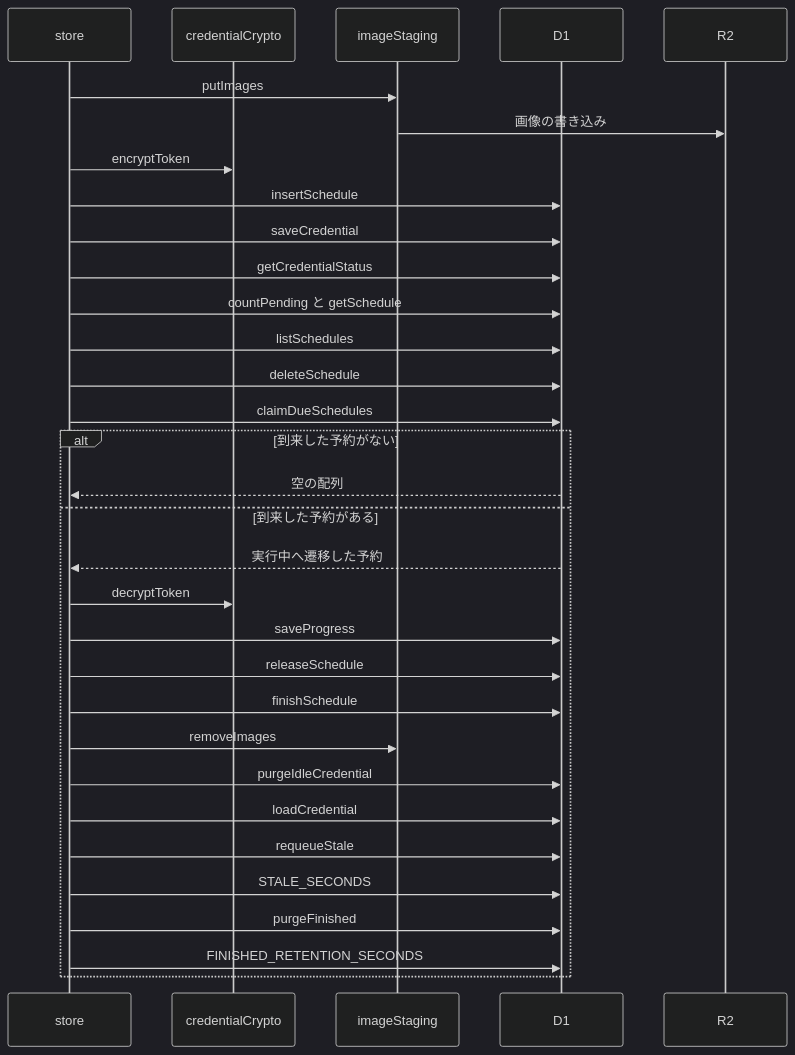
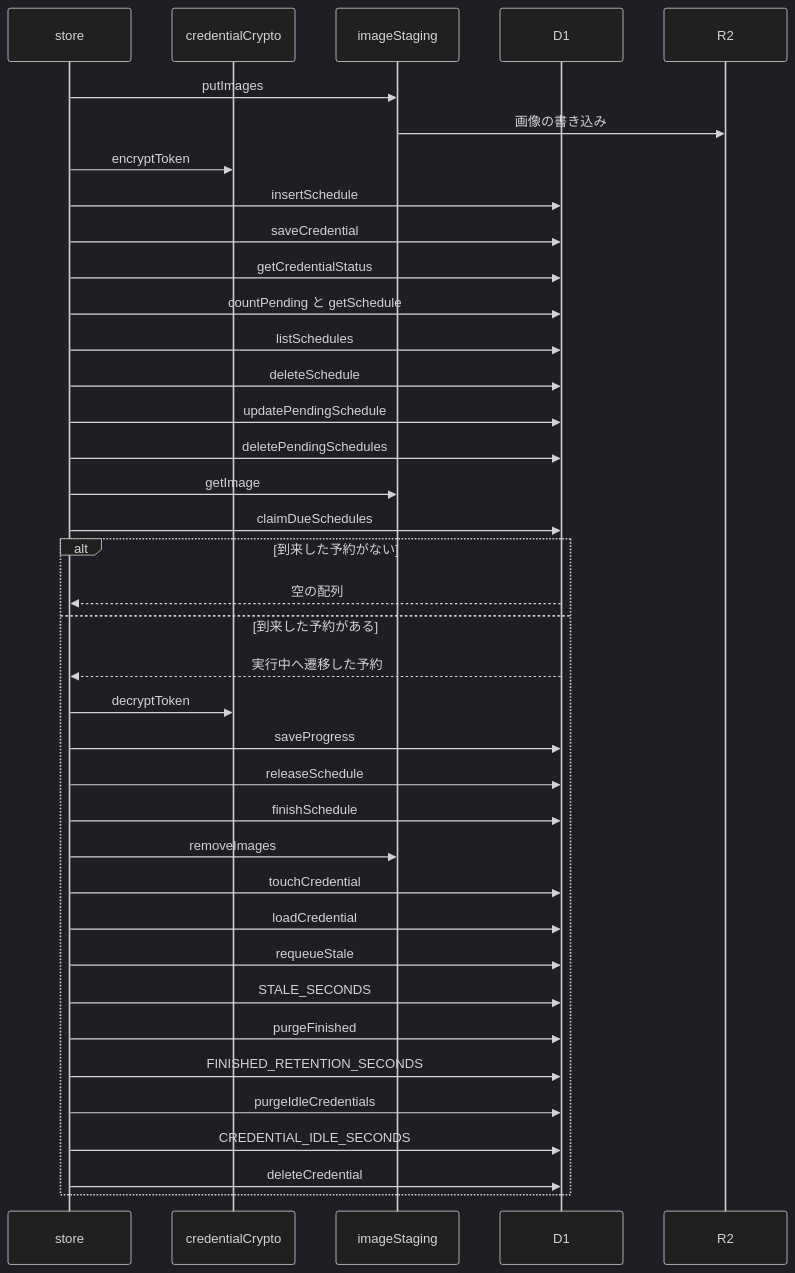
The second of 2 diagrams in specs/schedule-store/design.md (nekono-dev/skyshare), drawn with Mermaid (dark theme) before and after one commit. The commit also changed other lines of this file and 23 other files, not shown here.

````diff
--- a/specs/schedule-store/design.md
+++ b/specs/schedule-store/design.md
@@ -32,34 +32,40 @@
 ```mermaid
 sequenceDiagram
   participant store
   participant credentialCrypto
   participant imageStaging
   participant ext_d1 as D1
   participant ext_r2 as R2
   store->>imageStaging: putImages
   imageStaging->>ext_r2: 画像の書き込み
   store->>credentialCrypto: encryptToken
   store->>ext_d1: insertSchedule
   store->>ext_d1: saveCredential
   store->>ext_d1: getCredentialStatus
   store->>ext_d1: countPending と getSchedule
   store->>ext_d1: listSchedules
   store->>ext_d1: deleteSchedule
+  store->>ext_d1: updatePendingSchedule
+  store->>ext_d1: deletePendingSchedules
+  store->>imageStaging: getImage
   store->>ext_d1: claimDueSchedules
   alt 到来した予約がない
     ext_d1-->>store: 空の配列
   else 到来した予約がある
     ext_d1-->>store: 実行中へ遷移した予約
     store->>credentialCrypto: decryptToken
     store->>ext_d1: saveProgress
     store->>ext_d1: releaseSchedule
     store->>ext_d1: finishSchedule
     store->>imageStaging: removeImages
-    store->>ext_d1: purgeIdleCredential
+    store->>ext_d1: touchCredential
     store->>ext_d1: loadCredential
     store->>ext_d1: requeueStale
     store->>ext_d1: STALE_SECONDS
     store->>ext_d1: purgeFinished
     store->>ext_d1: FINISHED_RETENTION_SECONDS
+    store->>ext_d1: purgeIdleCredentials
+    store->>ext_d1: CREDENTIAL_IDLE_SECONDS
+    store->>ext_d1: deleteCredential
   end
 ```
````
